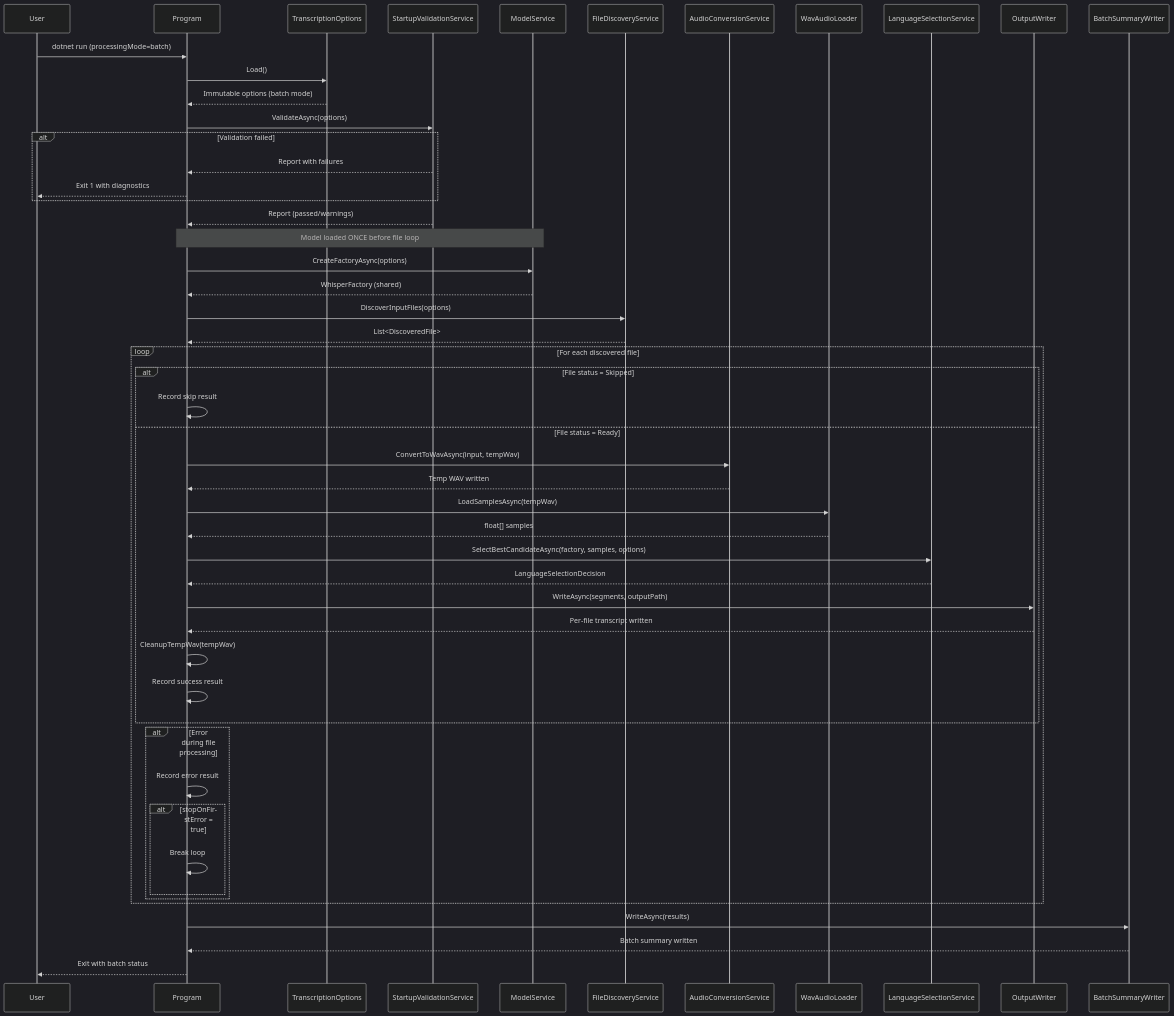
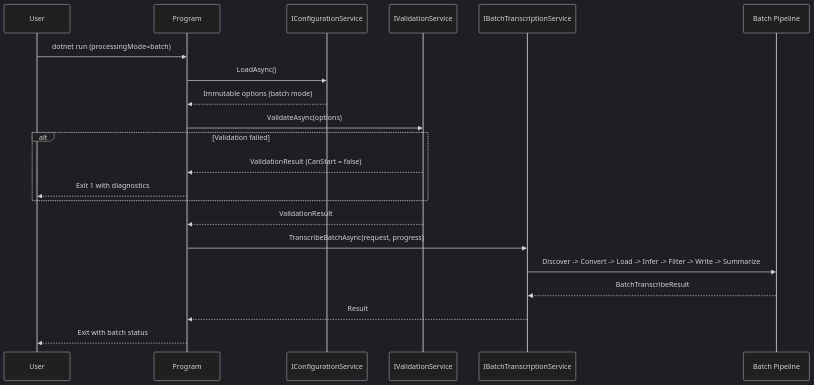
The second of 6 diagrams in docs/architecture/04-runtime-sequences.md (artemsemdev/VoxFlow), drawn with Mermaid (dark theme) before and after one commit. The commit also changed other lines of this file and 12 other files, not shown here.

First line of the commit message:
refactor: simplify VoxFlow Desktop UI by removing NotReady state, settings panel, and status bar

````diff
--- a/docs/architecture/04-runtime-sequences.md
+++ b/docs/architecture/04-runtime-sequences.md
@@ -45,65 +48,27 @@
 ```mermaid
 sequenceDiagram
     participant User
     participant Program
-    participant Config as TranscriptionOptions
-    participant Validation as StartupValidationService
-    participant Model as ModelService
-    participant Discovery as FileDiscoveryService
-    participant FFmpeg as AudioConversionService
-    participant Loader as WavAudioLoader
-    participant Lang as LanguageSelectionService
-    participant Writer as OutputWriter
-    participant Summary as BatchSummaryWriter
+    participant Config as IConfigurationService
+    participant Validation as IValidationService
+    participant Batch as IBatchTranscriptionService
+    participant Core as Batch Pipeline
 
     User->>Program: dotnet run (processingMode=batch)
-    Program->>Config: Load()
+    Program->>Config: LoadAsync()
     Config-->>Program: Immutable options (batch mode)
 
     Program->>Validation: ValidateAsync(options)
     alt Validation failed
-        Validation-->>Program: Report with failures
+        Validation-->>Program: ValidationResult (CanStart = false)
         Program-->>User: Exit 1 with diagnostics
     end
-    Validation-->>Program: Report (passed/warnings)
+    Validation-->>Program: ValidationResult
 
-    Note over Program,Model: Model loaded ONCE before file loop
-    Program->>Model: CreateFactoryAsync(options)
-    Model-->>Program: WhisperFactory (shared)
-
-    Program->>Discovery: DiscoverInputFiles(options)
-    Discovery-->>Program: List<DiscoveredFile>
-
-    loop For each discovered file
-        alt File status = Skipped
-            Program->>Program: Record skip result
-        else File status = Ready
-            Program->>FFmpeg: ConvertToWavAsync(input, tempWav)
-            FFmpeg-->>Program: Temp WAV written
-
-            Program->>Loader: LoadSamplesAsync(tempWav)
-            Loader-->>Program: float[] samples
-
-            Program->>Lang: SelectBestCandidateAsync(factory, samples, options)
-            Lang-->>Program: LanguageSelectionDecision
-
-            Program->>Writer: WriteAsync(segments, outputPath)
-            Writer-->>Program: Per-file transcript written
-
-            Program->>Program: CleanupTempWav(tempWav)
-            Program->>Program: Record success result
-        end
-
-        alt Error during file processing
-            Program->>Program: Record error result
-            alt stopOnFirstError = true
-                Program->>Program: Break loop
-            end
-        end
-    end
-
-    Program->>Summary: WriteAsync(results)
-    Summary-->>Program: Batch summary written
+    Program->>Batch: TranscribeBatchAsync(request, progress)
+    Batch->>Core: Discover -> Convert -> Load -> Infer -> Filter -> Write -> Summarize
+    Core-->>Batch: BatchTranscribeResult
+    Batch-->>Program: Result
 
     Program-->>User: Exit with batch status
 ```
````
